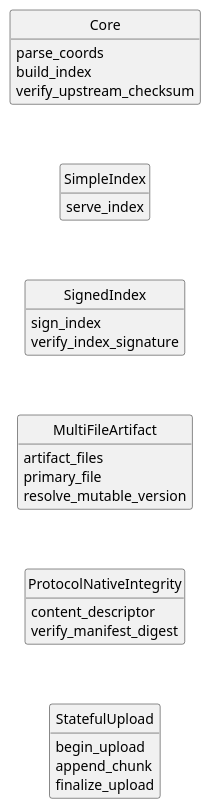
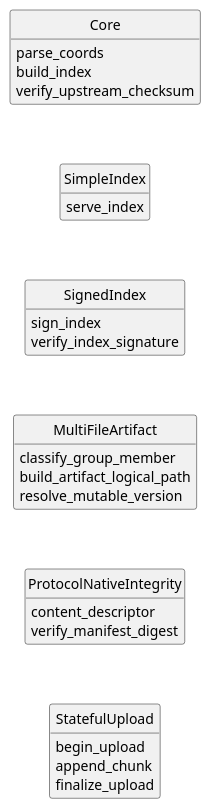
One commit to project-hort/hort changed the second of 3 diagrams in docs/architecture/explanation/format-handlers.md. Above: the diagram before and after it, drawn with PlantUML. The commit also changed other lines of this file and 43 other files, not shown here.

````diff
--- a/docs/architecture/explanation/format-handlers.md
+++ b/docs/architecture/explanation/format-handlers.md
@@ -213,45 +220,45 @@
 ```plantuml
 @startuml
 skinparam shadowing false
 hide circle
 hide empty members
 
 class Core {
   parse_coords
   build_index
   verify_upstream_checksum
 }
 
 class SimpleIndex {
   serve_index
 }
 
 class SignedIndex {
   sign_index
   verify_index_signature
 }
 
 class MultiFileArtifact {
-  artifact_files
-  primary_file
+  classify_group_member
+  build_artifact_logical_path
   resolve_mutable_version
 }
 
 class ProtocolNativeIntegrity {
   content_descriptor
   verify_manifest_digest
 }
 
 class StatefulUpload {
   begin_upload
   append_chunk
   finalize_upload
 }
 
 Core                    -[hidden]- SimpleIndex
 SimpleIndex             -[hidden]- SignedIndex
 SignedIndex             -[hidden]- MultiFileArtifact
 MultiFileArtifact       -[hidden]- ProtocolNativeIntegrity
 ProtocolNativeIntegrity -[hidden]- StatefulUpload
 @enduml
 ```
````
